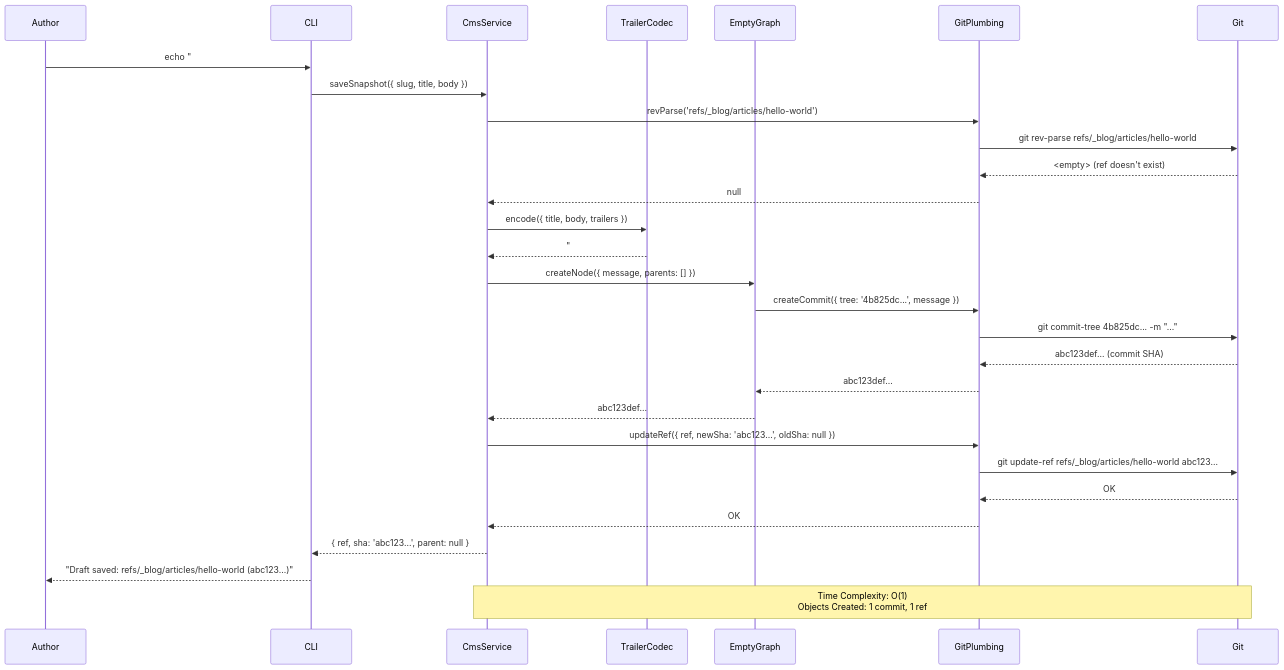
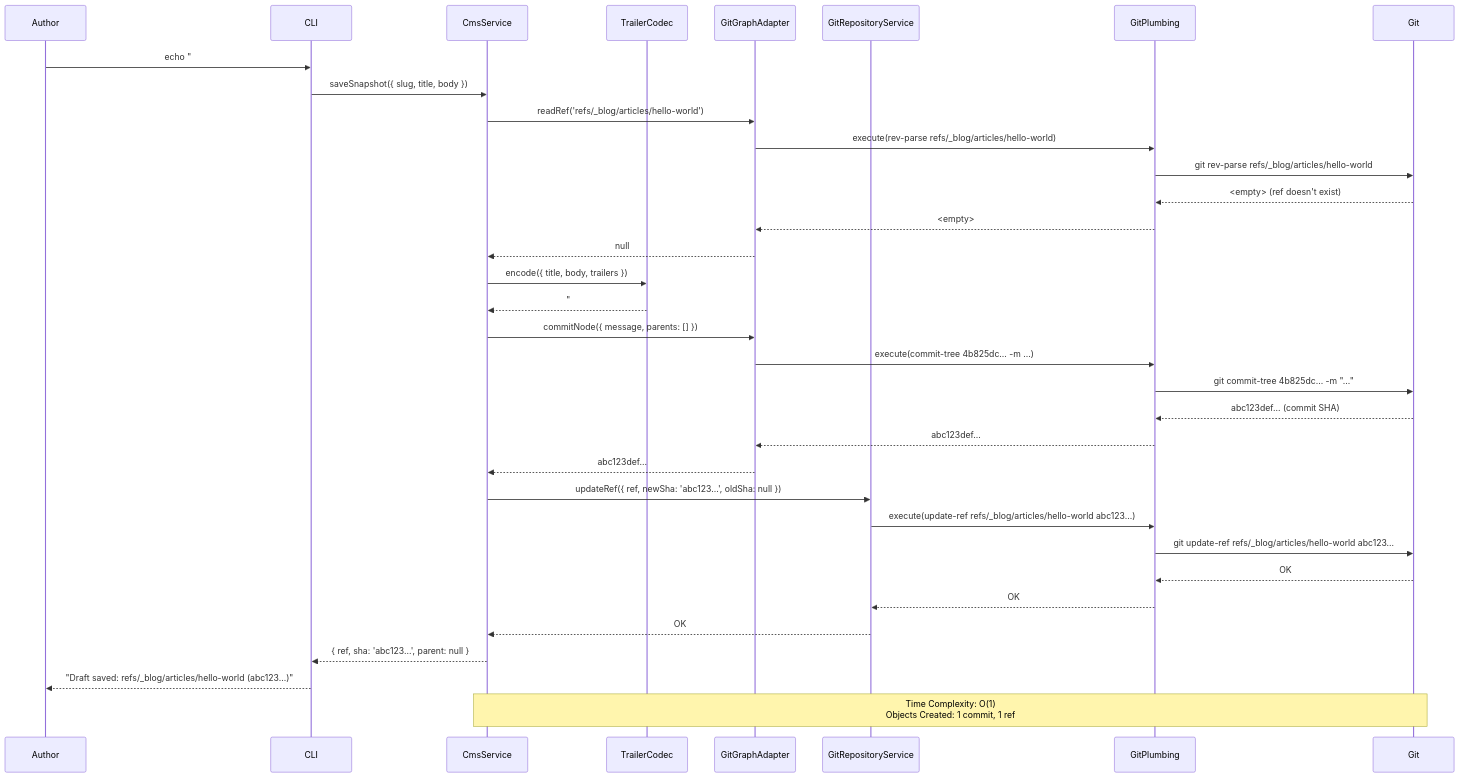
The fourth of 14 diagrams in docs/ADR.md (flyingrobots/git-cms), drawn with Mermaid before and after one commit. The commit also changed other lines of this file and 22 other files, not shown here.

````diff
--- a/docs/ADR.md
+++ b/docs/ADR.md
@@ -544,38 +550,43 @@
 ```mermaid
 sequenceDiagram
     participant Author
     participant CLI
     participant CmsService
     participant TrailerCodec
-    participant EmptyGraph
+    participant GitGraphAdapter
+    participant GitRepositoryService
     participant GitPlumbing
     participant Git
 
     Author->>CLI: echo "# Hello" | git cms draft hello-world "My First Post"
     CLI->>CmsService: saveSnapshot({ slug, title, body })
 
-    CmsService->>GitPlumbing: revParse('refs/_blog/articles/hello-world')
+    CmsService->>GitGraphAdapter: readRef('refs/_blog/articles/hello-world')
+    GitGraphAdapter->>GitPlumbing: execute(rev-parse refs/_blog/articles/hello-world)
     GitPlumbing->>Git: git rev-parse refs/_blog/articles/hello-world
     Git-->>GitPlumbing: <empty> (ref doesn't exist)
-    GitPlumbing-->>CmsService: null
+    GitPlumbing-->>GitGraphAdapter: <empty>
+    GitGraphAdapter-->>CmsService: null
 
     CmsService->>TrailerCodec: encode({ title, body, trailers })
     TrailerCodec-->>CmsService: "# My First Post\n\nHello\n\nStatus: draft"
 
-    CmsService->>EmptyGraph: createNode({ message, parents: [] })
-    EmptyGraph->>GitPlumbing: createCommit({ tree: '4b825dc...', message })
+    CmsService->>GitGraphAdapter: commitNode({ message, parents: [] })
+    GitGraphAdapter->>GitPlumbing: execute(commit-tree 4b825dc... -m ...)
     GitPlumbing->>Git: git commit-tree 4b825dc... -m "..."
     Git-->>GitPlumbing: abc123def... (commit SHA)
-    GitPlumbing-->>EmptyGraph: abc123def...
-    EmptyGraph-->>CmsService: abc123def...
+    GitPlumbing-->>GitGraphAdapter: abc123def...
+    GitGraphAdapter-->>CmsService: abc123def...
 
-    CmsService->>GitPlumbing: updateRef({ ref, newSha: 'abc123...', oldSha: null })
+    CmsService->>GitRepositoryService: updateRef({ ref, newSha: 'abc123...', oldSha: null })
+    GitRepositoryService->>GitPlumbing: execute(update-ref refs/_blog/articles/hello-world abc123...)
     GitPlumbing->>Git: git update-ref refs/_blog/articles/hello-world abc123...
     Git-->>GitPlumbing: OK
-    GitPlumbing-->>CmsService: OK
+    GitPlumbing-->>GitRepositoryService: OK
+    GitRepositoryService-->>CmsService: OK
 
     CmsService-->>CLI: { ref, sha: 'abc123...', parent: null }
     CLI-->>Author: "Draft saved: refs/_blog/articles/hello-world (abc123...)"
 
     Note over CmsService,Git: Time Complexity: O(1)<br/>Objects Created: 1 commit, 1 ref
 ```
````
